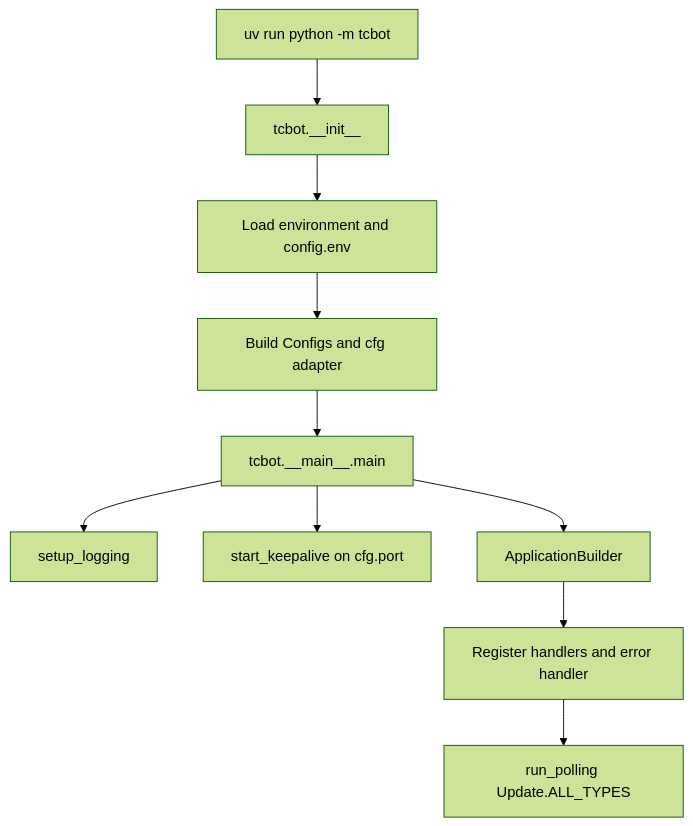
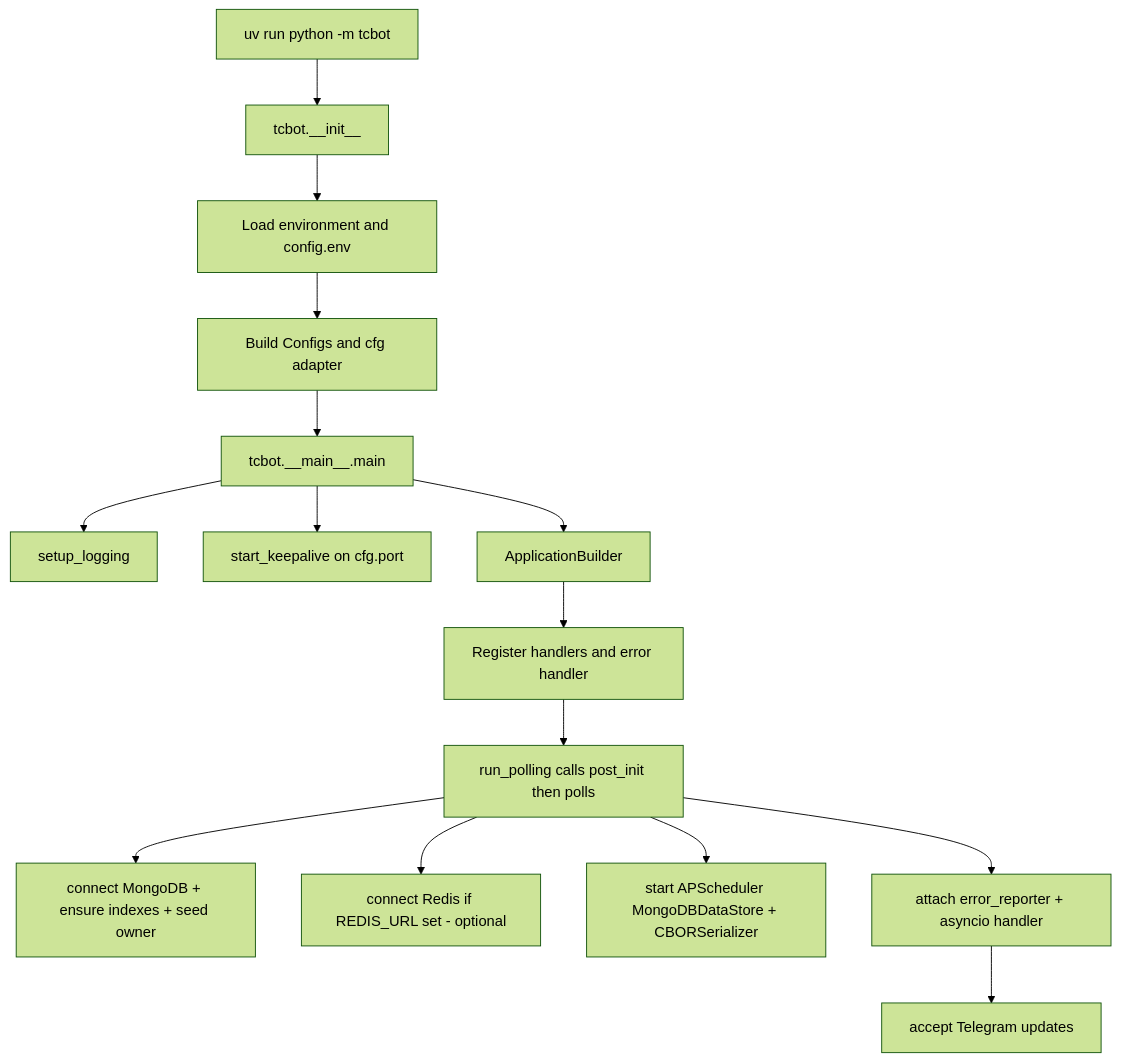
One commit to D1ZZY4/tcbot changed the first of 2 diagrams in PLAN.md. Above: the diagram before and after it, drawn with Mermaid (forest theme). The commit also changed other lines of this file and 10 other files, not shown here.

````diff
--- a/PLAN.md
+++ b/PLAN.md
@@ -24,12 +26,17 @@
 ```mermaid
 flowchart TD
     Entry[uv run python -m tcbot] --> Init[tcbot.__init__]
     Init --> LoadEnv[Load environment and config.env]
     LoadEnv --> Config[Build Configs and cfg adapter]
     Config --> Main[tcbot.__main__.main]
     Main --> Logging[setup_logging]
     Main --> KeepAlive[start_keepalive on cfg.port]
     Main --> Builder[ApplicationBuilder]
     Builder --> Handlers[Register handlers and error handler]
-    Handlers --> Polling[run_polling Update.ALL_TYPES]
+    Handlers --> Polling[run_polling calls post_init then polls]
+    Polling --> MongoDB[connect MongoDB + ensure indexes + seed owner]
+    Polling --> Redis[connect Redis if REDIS_URL set - optional]
+    Polling --> APSched[start APScheduler MongoDBDataStore + CBORSerializer]
+    Polling --> Reporter[attach error_reporter + asyncio handler]
+    Reporter --> Updates[accept Telegram updates]
 ```
````
